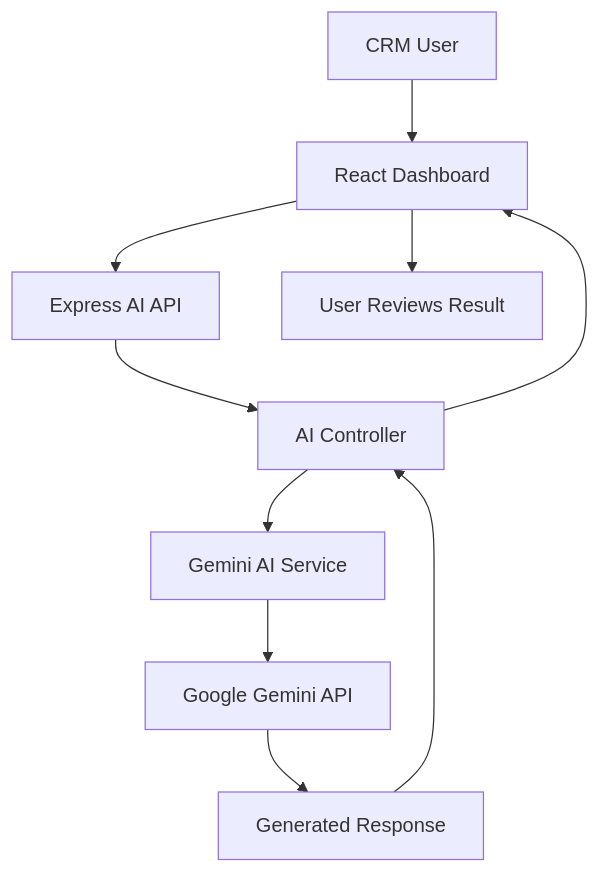
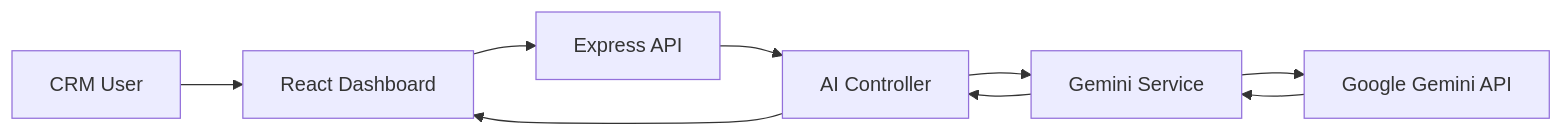
Before and after one commit to chanu2005-wq/AI_CRM_DASHBOARD: the first of 2 diagrams in README.md, drawn with Mermaid. The commit also changed other lines of this file, not shown here.

````diff
--- a/README.md
+++ b/README.md
@@ -173,12 +141,11 @@
 ```mermaid
-flowchart TD
+flowchart LR
     A[CRM User] --> B[React Dashboard]
-    B --> C[Express AI API]
+    B --> C[Express API]
     C --> D[AI Controller]
-    D --> E[Gemini AI Service]
+    D --> E[Gemini Service]
     E --> F[Google Gemini API]
-    F --> G[Generated Response]
-    G --> D
+    F --> E
+    E --> D
     D --> B
-    B --> H[User Reviews Result]
 ```
````
